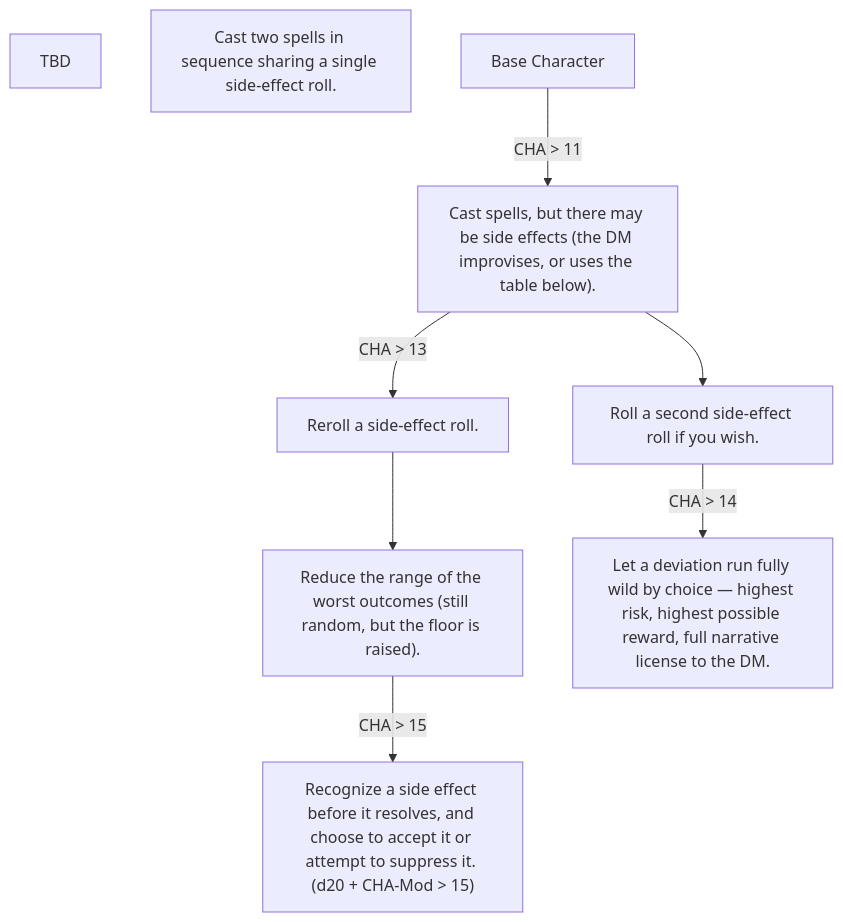
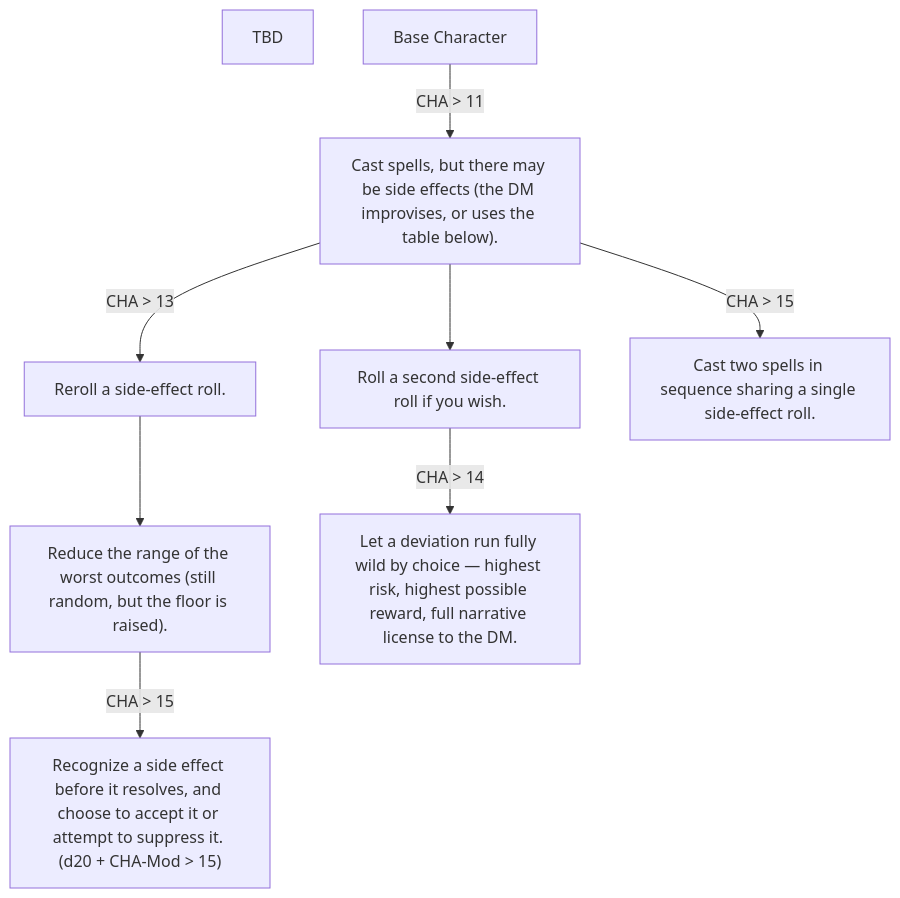
Before and after one commit to WiIdNeo/DnD: diagram 22 of 28 in Classes and Races/Classes/Class-Handbook.md, drawn with Mermaid. The commit also changed other lines of this file, not shown here.

````diff
--- a/Classes and Races/Classes/Class-Handbook.md
+++ b/Classes and Races/Classes/Class-Handbook.md
@@ -599,18 +601,19 @@
 ```mermaid
 flowchart TD
 
 A[Base Character]
 
 1["Cast spells, but there may be side effects (the DM improvises, or uses the table below)."]
 2["Reroll a side-effect roll."]
 3["Roll a second side-effect roll if you wish."]
 4["TBD"]
 5["Reduce the range of the worst outcomes (still random, but the floor is raised)."]
 6["Recognize a side effect before it resolves, and choose to accept it or attempt to suppress it. (d20 + CHA-Mod > 15)"]
 7["Cast two spells in sequence sharing a single side-effect roll."]
 8["Let a deviation run fully wild by choice — highest risk, highest possible reward, full narrative license to the DM."]
 
 A --> |CHA > 11|1
 1 --> |CHA > 13|2 --> 5 --> |CHA > 15|6
 1 --> 3 --> |CHA > 14| 8
+1 --> |CHA > 15|7
 ```
````
